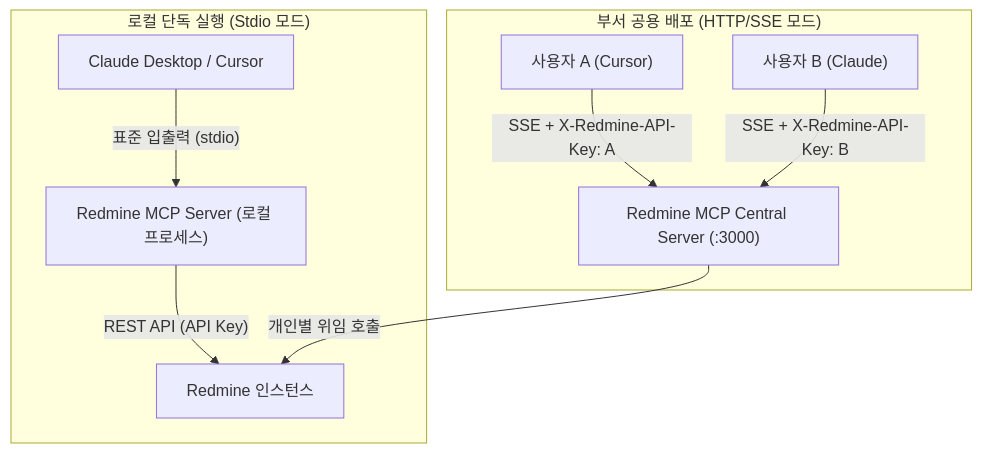
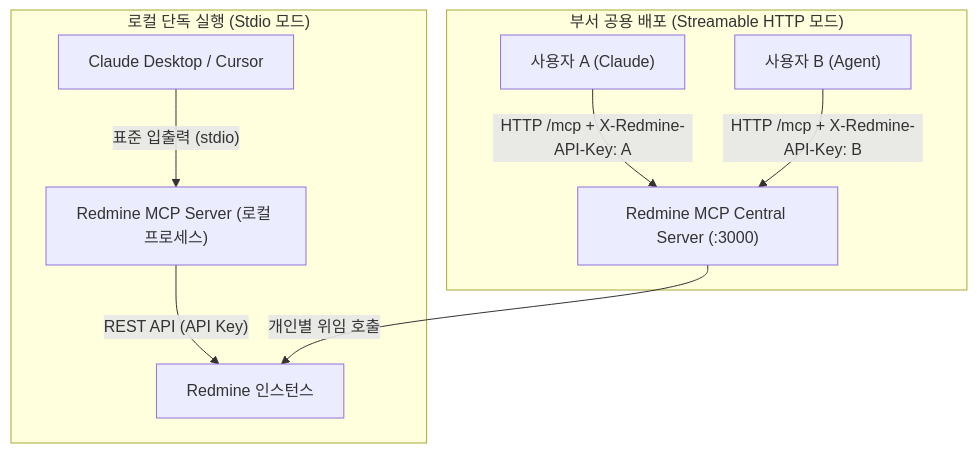
The diagram in document/setup_and_deployment.md (kakakakekeke/redmini-mcp-prj), drawn with Mermaid before and after one commit. The commit also changed other lines of this file and 13 other files, not shown here.

First line of the commit message:
feat(transport): migrate to streamable http and stdio dual transport

````diff
--- a/document/setup_and_deployment.md
+++ b/document/setup_and_deployment.md
@@ -35,13 +35,13 @@
 ```mermaid
 flowchart TD
     subgraph Local_Mode["로컬 단독 실행 (Stdio 모드)"]
         Client1["Claude Desktop / Cursor"] -- "표준 입출력 (stdio)" --> LocalServer["Redmine MCP Server (로컬 프로세스)"]
         LocalServer -- "REST API (API Key)" --> RedmineInstance["Redmine 인스턴스"]
     end
 
-    subgraph Central_Mode["부서 공용 배포 (HTTP/SSE 모드)"]
-        Client2["사용자 A (Cursor)"] -- "SSE + X-Redmine-API-Key: A" --> CentralServer["Redmine MCP Central Server (:3000)"]
-        Client3["사용자 B (Claude)"] -- "SSE + X-Redmine-API-Key: B" --> CentralServer
+    subgraph Central_Mode["부서 공용 배포 (Streamable HTTP 모드)"]
+        Client2["사용자 A (Claude)"] -- "HTTP /mcp + X-Redmine-API-Key: A" --> CentralServer["Redmine MCP Central Server (:3000)"]
+        Client3["사용자 B (Agent)"] -- "HTTP /mcp + X-Redmine-API-Key: B" --> CentralServer
         CentralServer -- "개인별 위임 호출" --> RedmineInstance
     end
 ```
````
